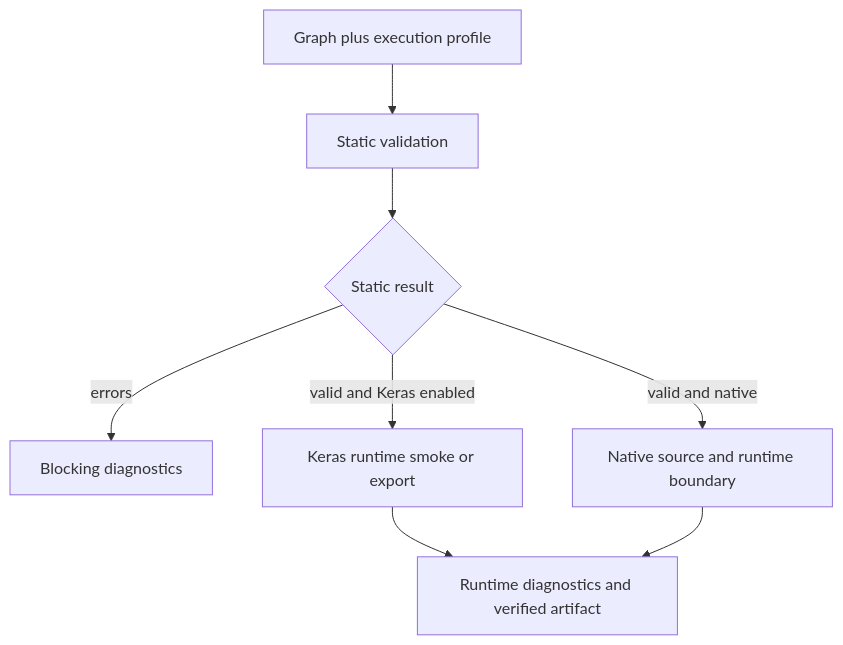
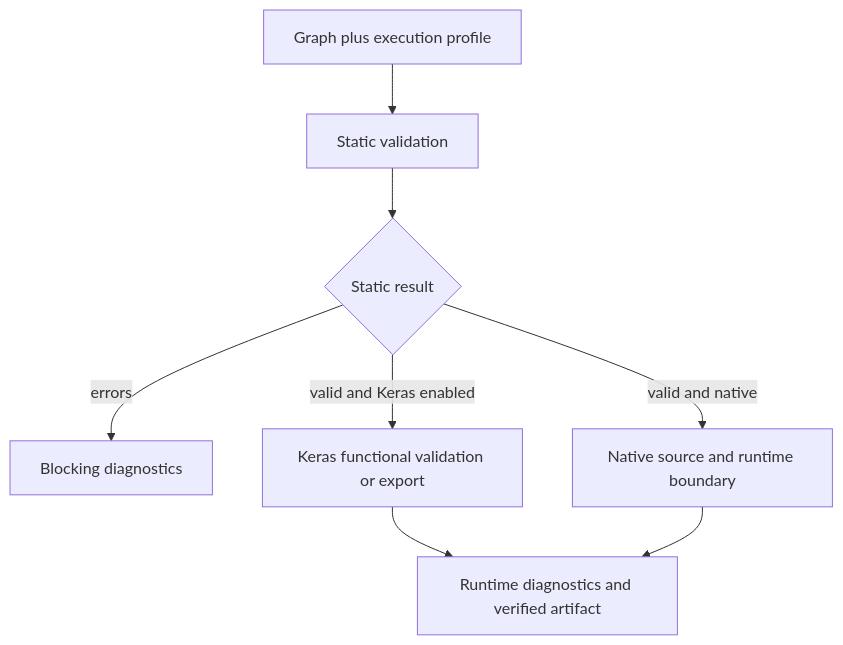
Before and after one commit to CTCycle/Neuro-Weave-Studio: the fifth of 9 diagrams in assets/docs/architecture/model_execution_profile.md, drawn with Mermaid. The commit also changed other lines of this file and 19 other files, not shown here.

Commit message:
Reframe smoke checks as functional validation

````diff
--- a/assets/docs/architecture/model_execution_profile.md
+++ b/assets/docs/architecture/model_execution_profile.md
@@ -77,10 +77,10 @@
 ```mermaid
 flowchart TD
   G[Graph plus execution profile] --> S[Static validation]
   S --> D{Static result}
   D -->|errors| P[Blocking diagnostics]
-  D -->|valid and Keras enabled| R[Keras runtime smoke or export]
+  D -->|valid and Keras enabled| R[Keras functional validation or export]
   D -->|valid and native| N[Native source and runtime boundary]
   R --> Q[Runtime diagnostics and verified artifact]
   N --> Q
 ```
````
